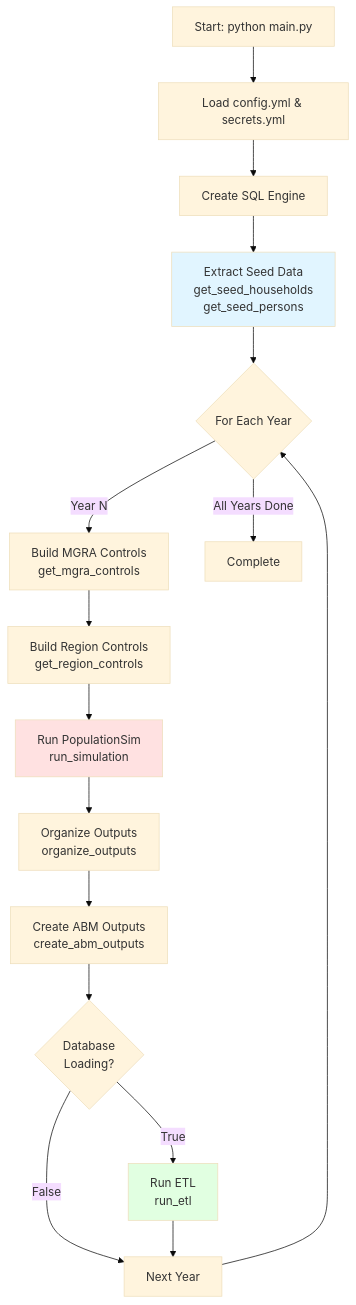
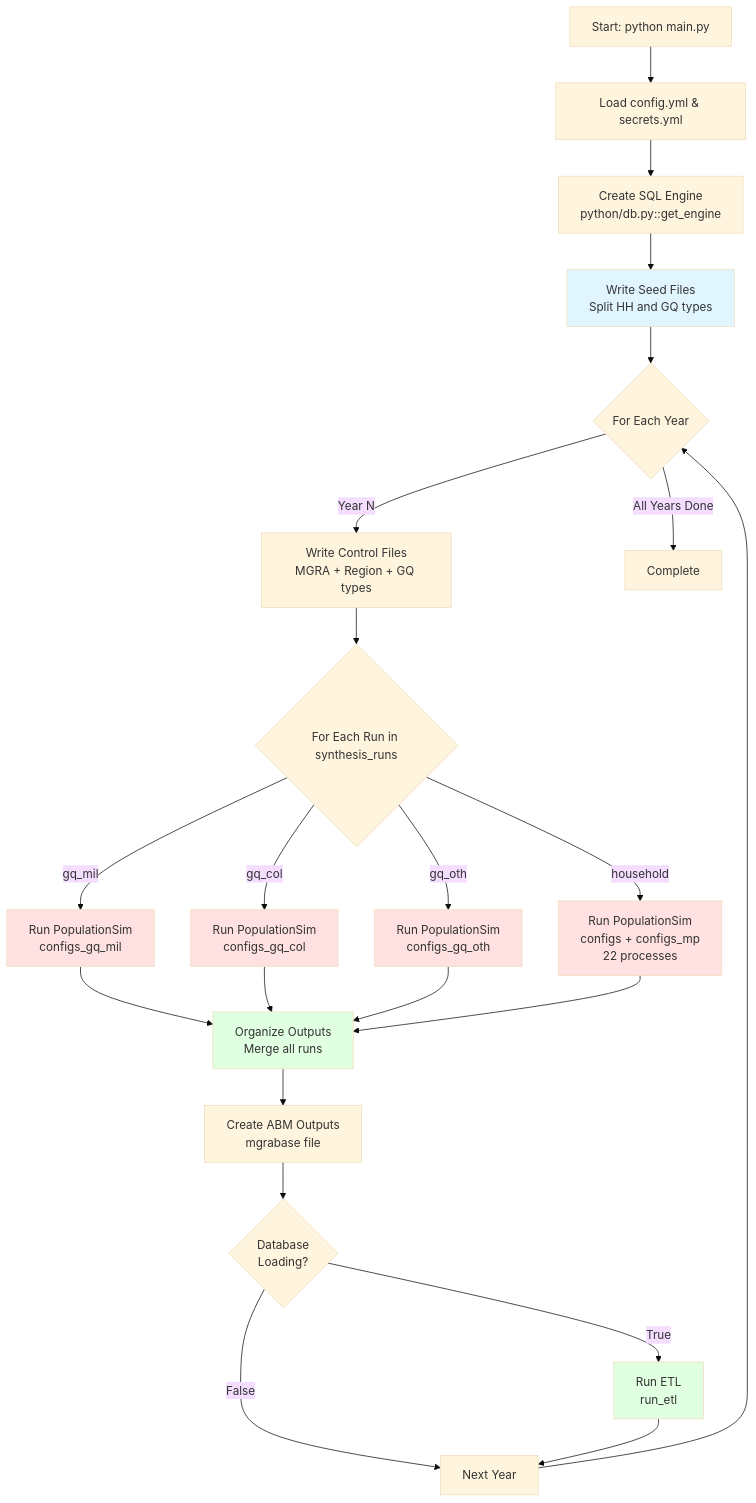
One commit to SANDAG/Population-Sim changed the seventh of 7 diagrams in documentation/SANDAG_PopulationSim_Documentation.md. Above: the diagram before and after it, drawn with Mermaid (base theme). The commit also changed other lines of this file and 4 other files, not shown here.

Commit message:
updated PopulationSim Documentation to reflect recent workflow changes

````diff
--- a/documentation/SANDAG_PopulationSim_Documentation.md
+++ b/documentation/SANDAG_PopulationSim_Documentation.md
@@ -3747,24 +4064,37 @@
 ```mermaid
 flowchart TD
     A[Start: python main.py] --> B[Load config.yml & secrets.yml]
-    B --> C[Create SQL Engine]
-    C --> D[Extract Seed Data<br/>get_seed_households<br/>get_seed_persons]
+    B --> C[Create SQL Engine<br/>python/db.py::get_engine]
+    C --> D[Write Seed Files<br/>Split HH and GQ types]
     D --> E{For Each Year}
     
-    E -->|Year N| F[Build MGRA Controls<br/>get_mgra_controls]
-    F --> G[Build Region Controls<br/>get_region_controls]
-    G --> H[Run PopulationSim<br/>run_simulation]
-    H --> I[Organize Outputs<br/>organize_outputs]
-    I --> J[Create ABM Outputs<br/>create_abm_outputs]
+    E -->|Year N| F[Write Control Files<br/>MGRA + Region + GQ types]
+    F --> G{For Each Run in synthesis_runs}
+    
+    G -->|gq_mil| H1[Run PopulationSim<br/>configs_gq_mil]
+    G -->|gq_col| H2[Run PopulationSim<br/>configs_gq_col]
+    G -->|gq_oth| H3[Run PopulationSim<br/>configs_gq_oth]
+    G -->|household| H4[Run PopulationSim<br/>configs + configs_mp<br/>22 processes]
+    
+    H1 --> I[Organize Outputs<br/>Merge all runs]
+    H2 --> I
+    H3 --> I
+    H4 --> I
+    
+    I --> J[Create ABM Outputs<br/>mgrabase file]
     J --> K{Database<br/>Loading?}
     K -->|True| L[Run ETL<br/>run_etl]
     K -->|False| M[Next Year]
     L --> M
     M --> E
     
     E -->|All Years Done| N[Complete]
     
     style D fill:#e1f5ff
-    style H fill:#ffe1e1
+    style H1 fill:#ffe1e1
+    style H2 fill:#ffe1e1
+    style H3 fill:#ffe1e1
+    style H4 fill:#ffe1e1
+    style I fill:#e1ffe1
     style L fill:#e1ffe1
 ```
````
